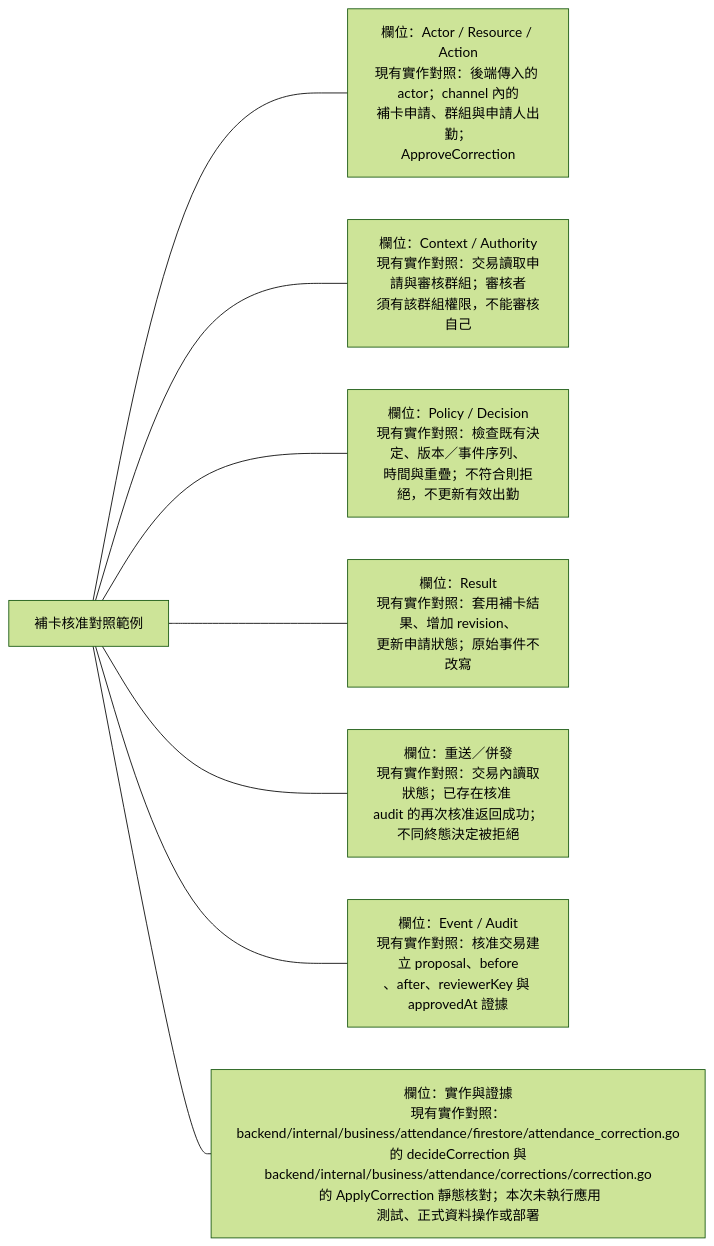
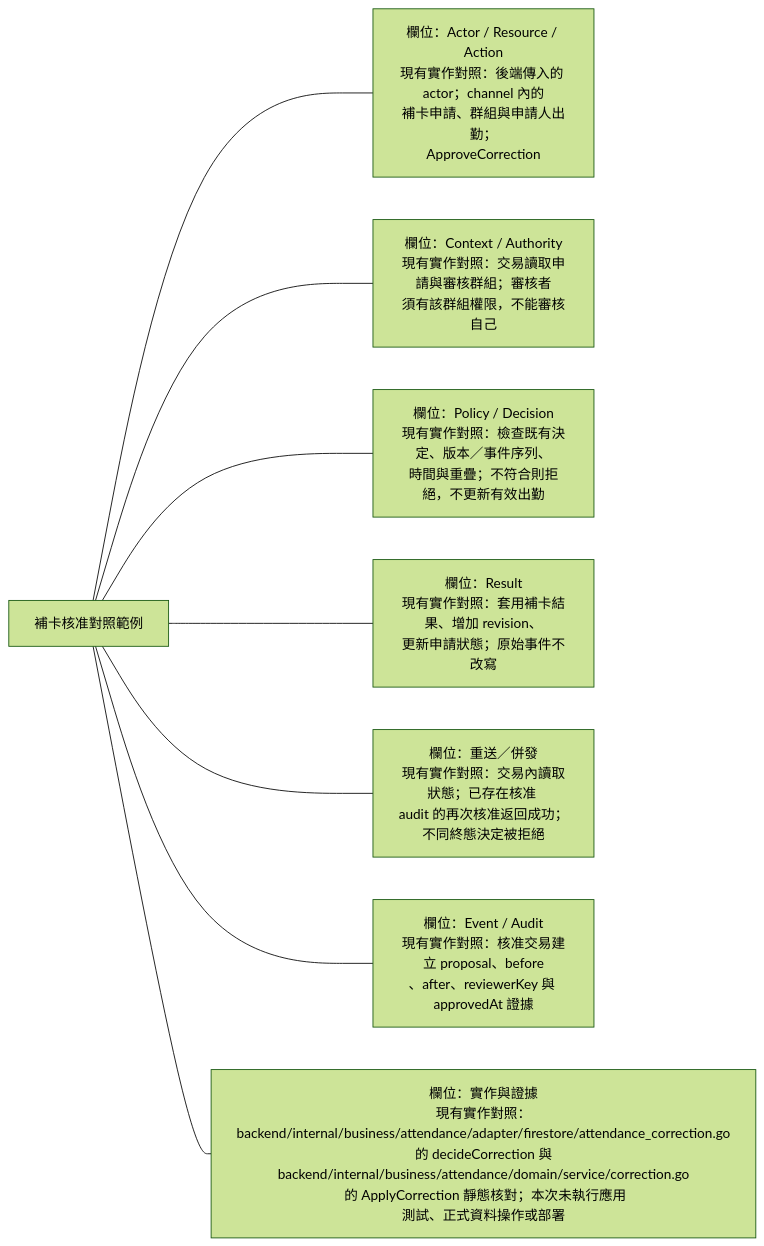
Diagram 12 of 14 in docs/architecture/contracts/business-operations.md (963sup/line-mini-app-bot), drawn with Mermaid (forest theme) before and after one commit. The commit also changed 179 other files, not shown here.

````diff
--- a/docs/architecture/contracts/business-operations.md
+++ b/docs/architecture/contracts/business-operations.md
@@ -115,11 +115,11 @@
 ```mermaid
 flowchart LR
   h["補卡核准對照範例"]
   h --- n0["欄位：Actor / Resource / Action<br/>現有實作對照：後端傳入的 actor；channel 內的<br/>補卡申請、群組與申請人出勤；<br/>ApproveCorrection"]
   h --- n1["欄位：Context / Authority<br/>現有實作對照：交易讀取申請與審核群組；審核者<br/>須有該群組權限，不能審核自己"]
   h --- n2["欄位：Policy / Decision<br/>現有實作對照：檢查既有決定、版本／事件序列、<br/>時間與重疊；不符合則拒絕，不更新有效出勤"]
   h --- n3["欄位：Result<br/>現有實作對照：套用補卡結果、增加 revision、<br/>更新申請狀態；原始事件不改寫"]
   h --- n4["欄位：重送／併發<br/>現有實作對照：交易內讀取狀態；已存在核准 <br/>audit 的再次核准返回成功；不同終態決定被拒絕"]
   h --- n5["欄位：Event / Audit<br/>現有實作對照：核准交易建立 proposal、before<br/>、after、reviewerKey 與 approvedAt 證據"]
-  h --- n6["欄位：實作與證據<br/>現有實作對照：<br/>backend/internal/business/attendance/firestore/attendance_correction.go<br/> 的 decideCorrection 與 <br/>backend/internal/business/attendance/corrections/correction.go<br/> 的 ApplyCorrection 靜態核對；本次未執行應用<br/>測試、正式資料操作或部署"]
+  h --- n6["欄位：實作與證據<br/>現有實作對照：<br/>backend/internal/business/attendance/adapter/firestore/attendance_correction.go<br/> 的 decideCorrection 與 <br/>backend/internal/business/attendance/domain/service/correction.go<br/> 的 ApplyCorrection 靜態核對；本次未執行應用<br/>測試、正式資料操作或部署"]
 ```
````
